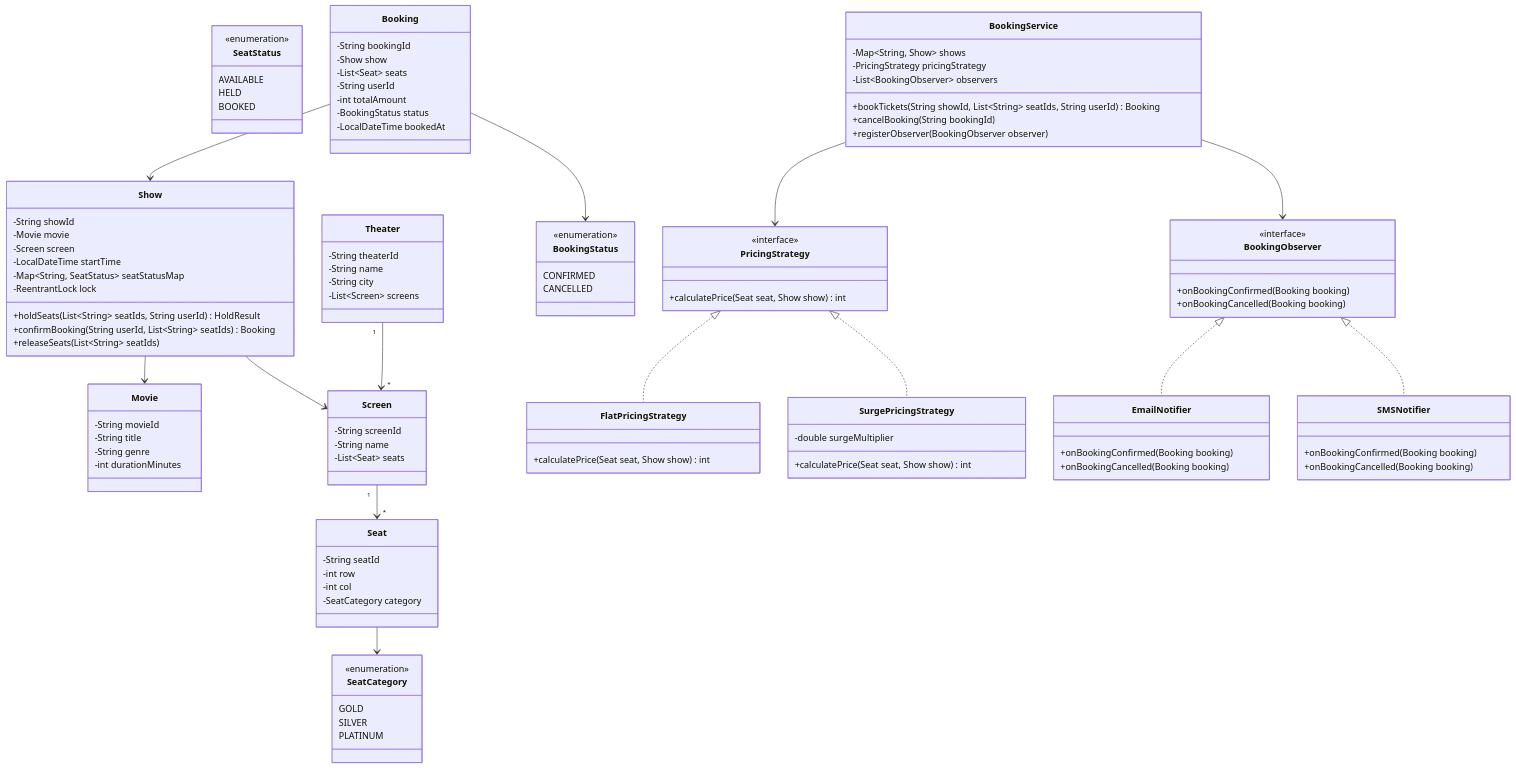
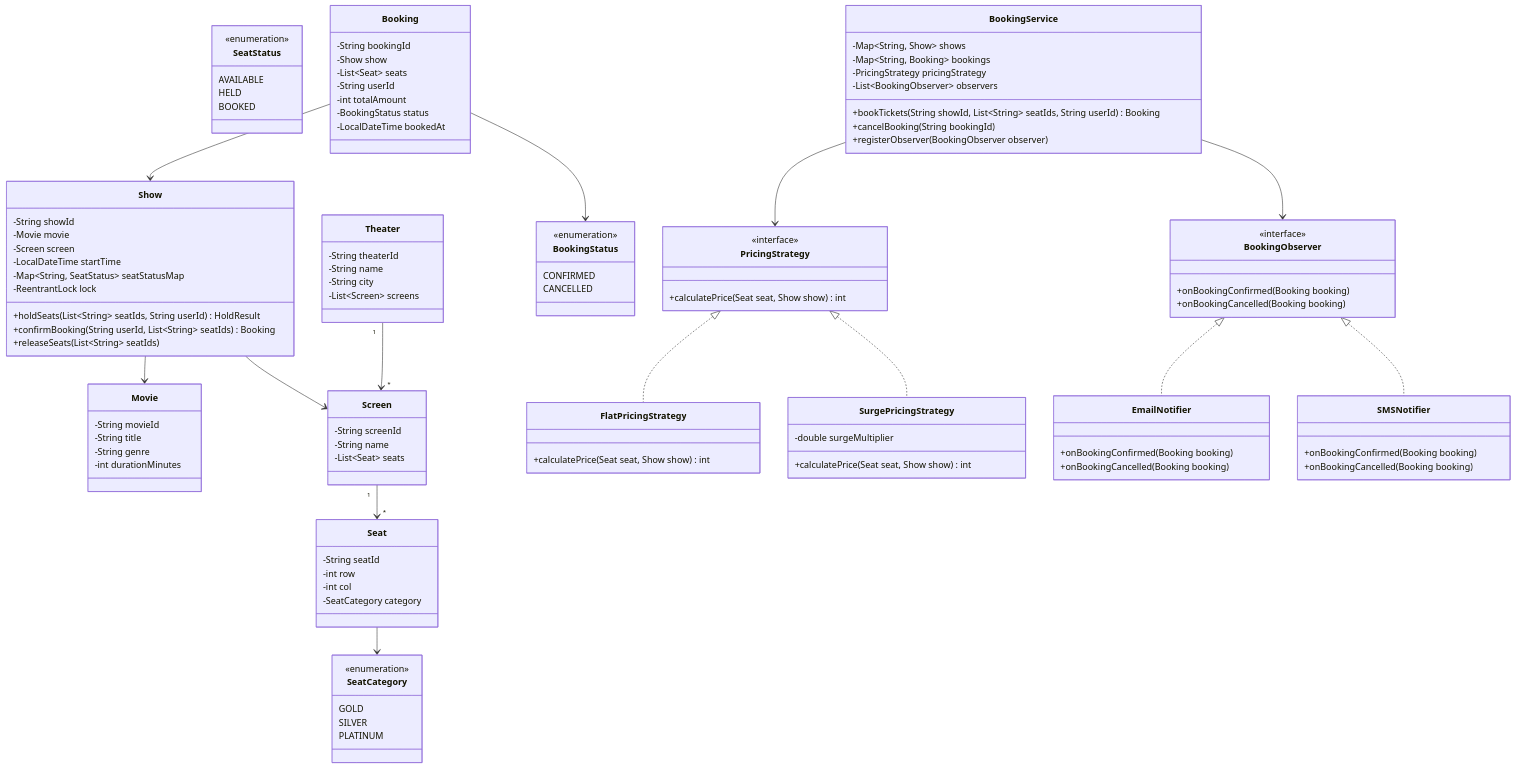
Before and after one commit to rohit9123/Personal-project: the diagram in lld/problems/book_my_show/book_my_show.md, drawn with Mermaid.

Commit message:
Add missing bookings field to BookingService Mermaid diagram

```diff
--- a/lld/problems/book_my_show/book_my_show.md
+++ b/lld/problems/book_my_show/book_my_show.md
@@ -137,6 +137,7 @@
 
     class BookingService {
         -Map~String, Show~ shows
+        -Map~String, Booking~ bookings
         -PricingStrategy pricingStrategy
         -List~BookingObserver~ observers
         +bookTickets(String showId, List~String~ seatIds, String userId) Booking
```
